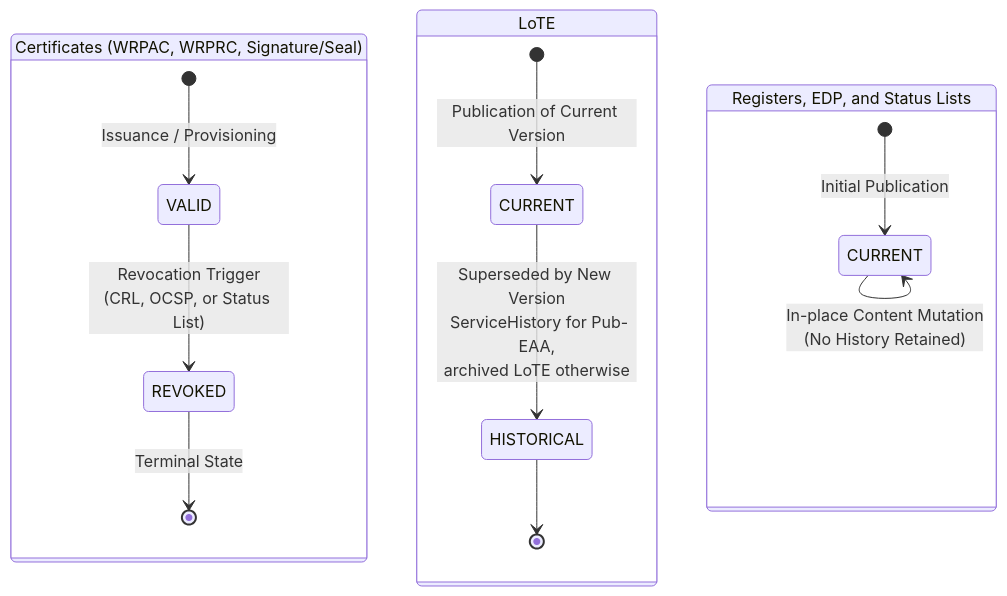
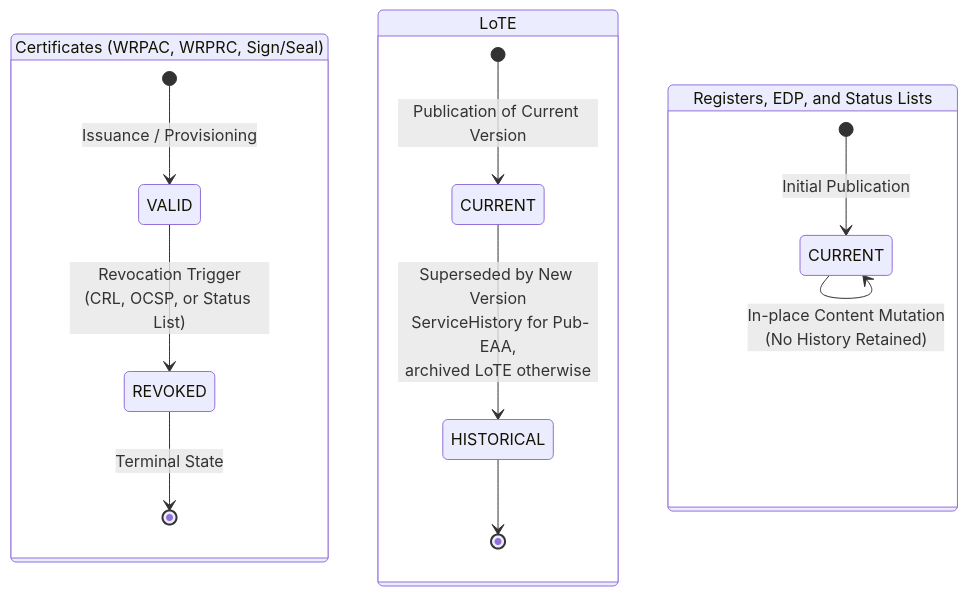
One commit to APTITUDE-Consortium/wp2-trust-specifications changed the fourth of 4 diagrams in docs/topics/trust-management-process.md. Above: the diagram before and after it, drawn with Mermaid. The commit also changed other lines of this file and 14 other files, not shown here.

````diff
--- a/docs/topics/trust-management-process.md
+++ b/docs/topics/trust-management-process.md
@@ -330,29 +330,29 @@
 ```mermaid
 stateDiagram-v2
     %% Define Layout Orientation
     direction TB
 
     %% 1. Certificates Lifecycle Group
-    state "Certificates (WRPAC, WRPRC, Signature/Seal)" as CertGroup {
+    state "Certificates (WRPAC, WRPRC, Sign/Seal)" as CertGroup {
         [*] --> VALID : Issuance / Provisioning
         VALID --> REVOKED : Revocation Trigger<br>(CRL, OCSP, or Status List)
         REVOKED --> [*] : Terminal State
     }
 
     %% 2. LoTE Lifecycle Group
     state "LoTE" as LoTEGroup {
         [*] --> LoTE_CURRENT : Publication of Current Version
         state "CURRENT" as LoTE_CURRENT
         
         LoTE_CURRENT --> HISTORICAL : Superseded by New Version<br> ServiceHistory for Pub-EAA,<br>archived LoTE otherwise
         HISTORICAL --> [*]
     }
 
     %% 3. Registers, EDP, and Status Lists Lifecycle Group
     state "Registers, EDP, and Status Lists" as RegGroup {
         [*] --> REG_CURRENT : Initial Publication
         state "CURRENT" as REG_CURRENT
         
         REG_CURRENT --> REG_CURRENT : In-place Content Mutation<br>(No History Retained)
     }
 ```
````
